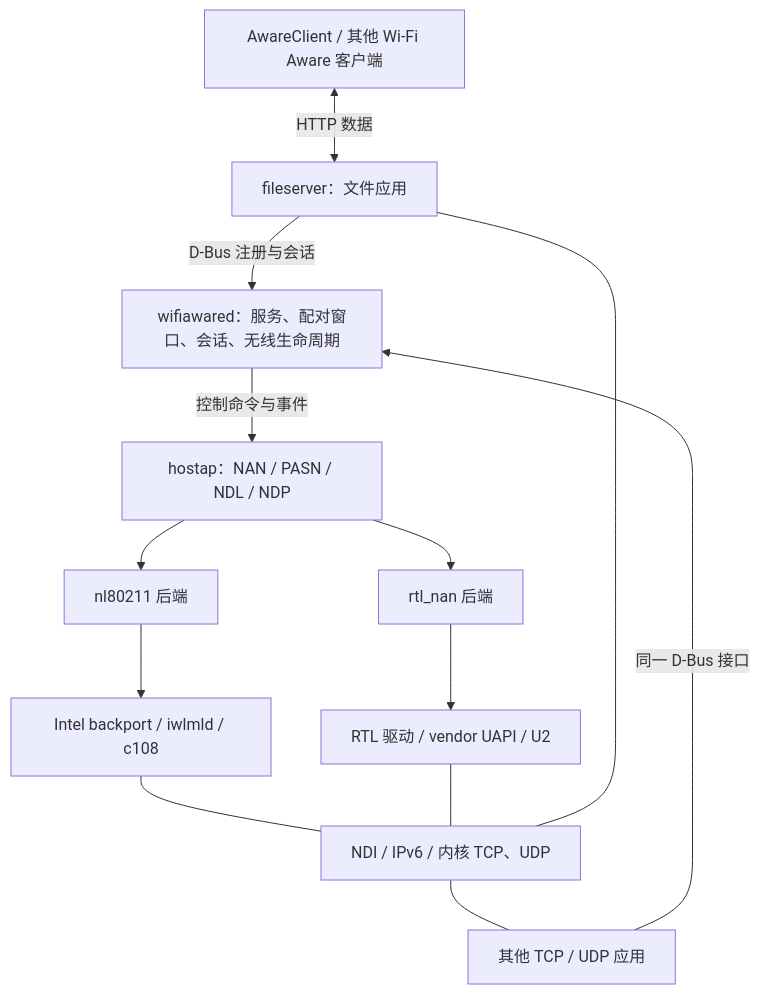
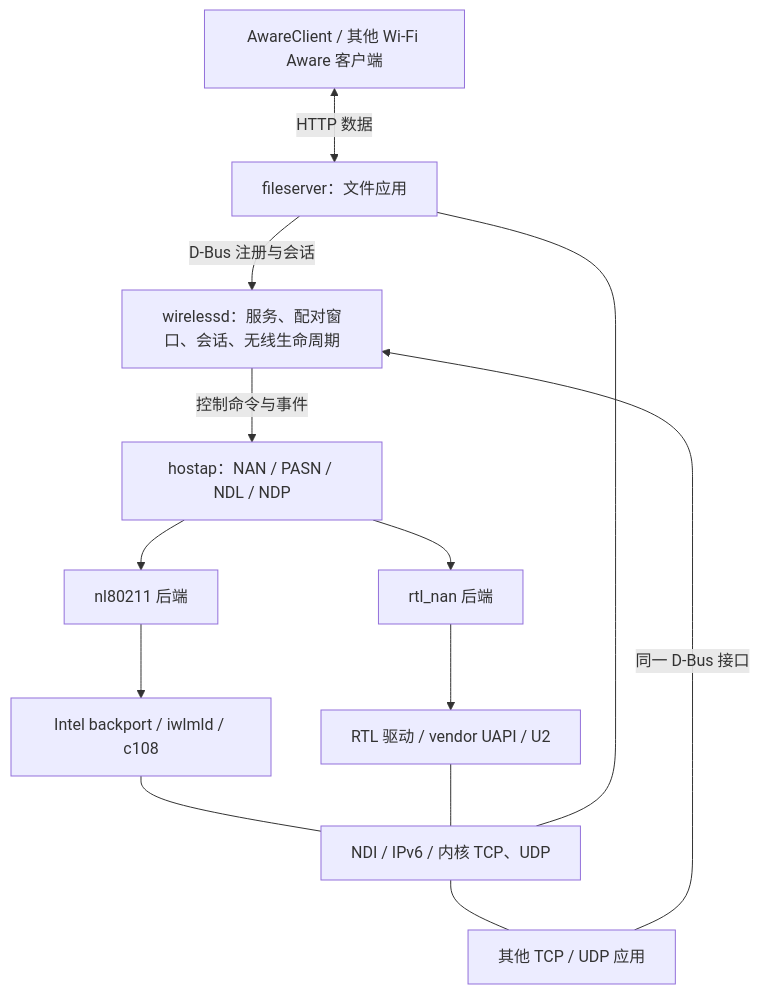
One commit to CmST0us/awdl changed the diagram in docs/architecture.md. Above: the diagram before and after it, drawn with Mermaid. The commit also changed other lines of this file and 46 other files, not shown here.

````diff
--- a/docs/architecture.md
+++ b/docs/architecture.md
@@ -20,26 +20,26 @@
 ```mermaid
 flowchart TB
     App["AwareClient / 其他 Wi-Fi Aware 客户端"]
     Files["fileserver：文件应用"]
     Business["其他 TCP / UDP 应用"]
-    Daemon["wifiawared：服务、配对窗口、会话、无线生命周期"]
+    Daemon["wirelessd：服务、配对窗口、会话、无线生命周期"]
     Hostap["hostap：NAN / PASN / NDL / NDP"]
     Intel["nl80211 后端"]
     RTL["rtl_nan 后端"]
     IKernel["Intel backport / iwlmld / c108"]
     RKernel["RTL 驱动 / vendor UAPI / U2"]
     NDI["NDI / IPv6 / 内核 TCP、UDP"]
 
     App <-->|"HTTP 数据"| Files
     Files -->|"D-Bus 注册与会话"| Daemon
     Business -->|"同一 D-Bus 接口"| Daemon
     Daemon -->|"控制命令与事件"| Hostap
     Hostap --> Intel
     Hostap --> RTL
     Intel --> IKernel
     RTL --> RKernel
     IKernel --- NDI
     RKernel --- NDI
     NDI --- Files
     NDI --- Business
 ```
````
